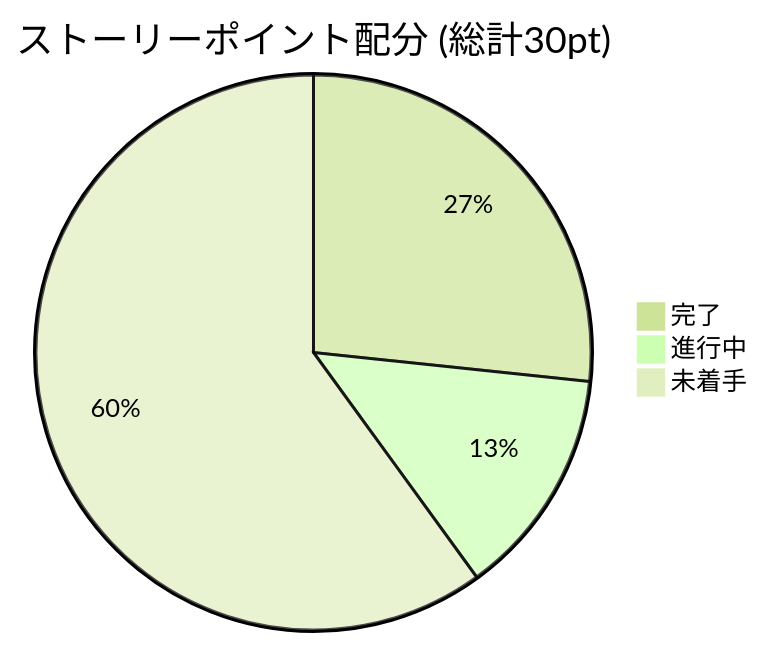
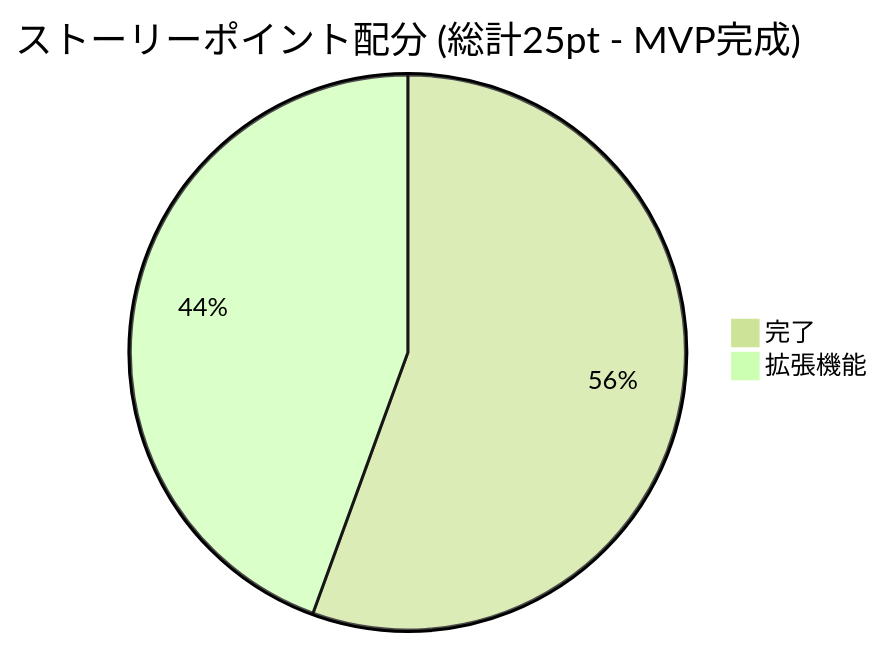
Before and after one commit to ak-nagae/sideVar: the eighth of 9 diagrams in docs/PROGRESS_REPORT.md, drawn with Mermaid (forest theme). The commit also changed other lines of this file and 1 other file, not shown here.

````diff
--- a/docs/PROGRESS_REPORT.md
+++ b/docs/PROGRESS_REPORT.md
@@ -229,6 +234,5 @@
 ```mermaid
-pie title ストーリーポイント配分 (総計30pt)
-    "完了" : 8
-    "進行中" : 4
-    "未着手" : 18
+pie title ストーリーポイント配分 (総計25pt - MVP完成)
+    "完了" : 25
+    "拡張機能" : 20
 ```
````
